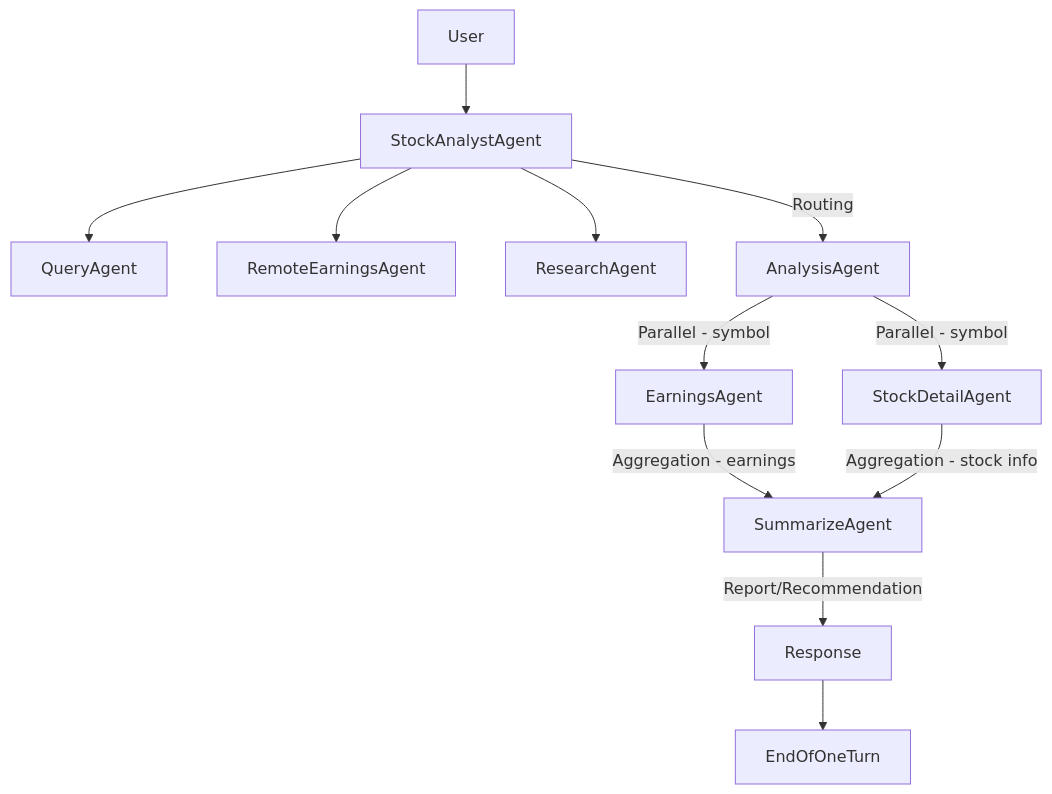
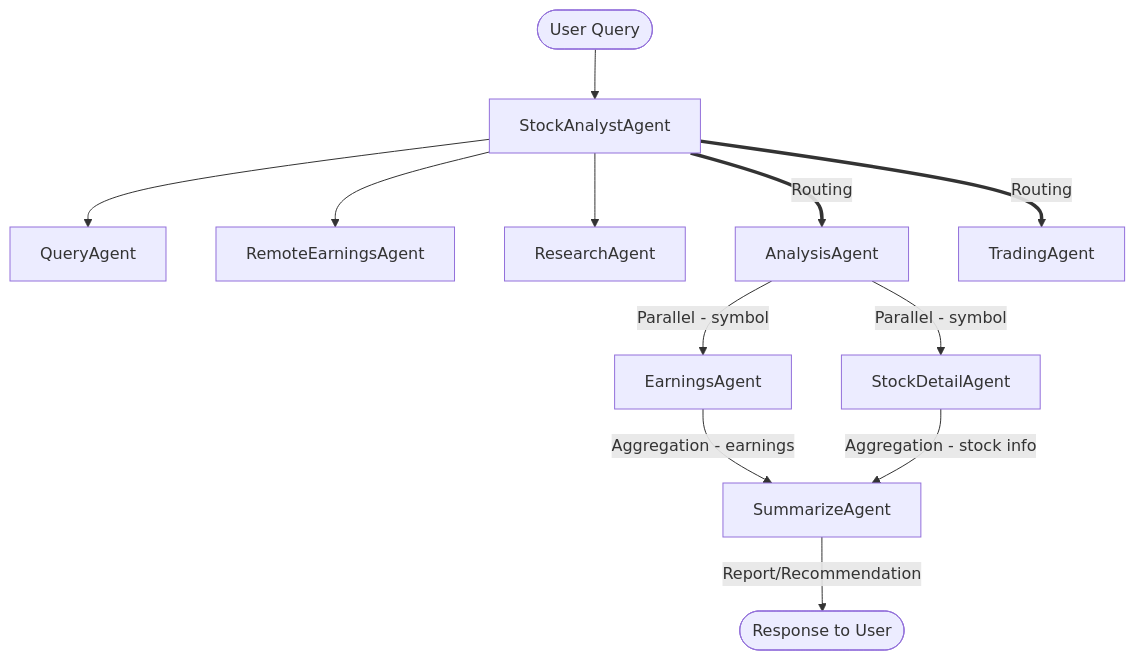
One commit to schakrab02/aiagent-st-fsi changed the third of 4 diagrams in README.md. Above: the diagram before and after it, drawn with Mermaid. The commit also changed other lines of this file and 6 other files, not shown here.

````diff
--- a/README.md
+++ b/README.md
@@ -79,14 +93,14 @@
 ```mermaid
 flowchart TD
-    User --> StockAnalystAgent
+    User([User Query]) --> StockAnalystAgent
     StockAnalystAgent --> QueryAgent
     StockAnalystAgent --> RemoteEarningsAgent
     StockAnalystAgent --> ResearchAgent
-    StockAnalystAgent --> |Routing| AnalysisAgent
+    StockAnalystAgent ==> |Routing| AnalysisAgent
+    StockAnalystAgent ==> |Routing|TradingAgent
     AnalysisAgent --> |Parallel - symbol| EarningsAgent
     AnalysisAgent --> |Parallel - symbol| StockDetailAgent
     EarningsAgent --> |Aggregation - earnings| SummarizeAgent
     StockDetailAgent --> |Aggregation - stock info| SummarizeAgent
-    SummarizeAgent --> |Report/Recommendation| Response
-    Response --> EndOfOneTurn
+    SummarizeAgent --> |Report/Recommendation| Response([Response to User])
 ```
````
